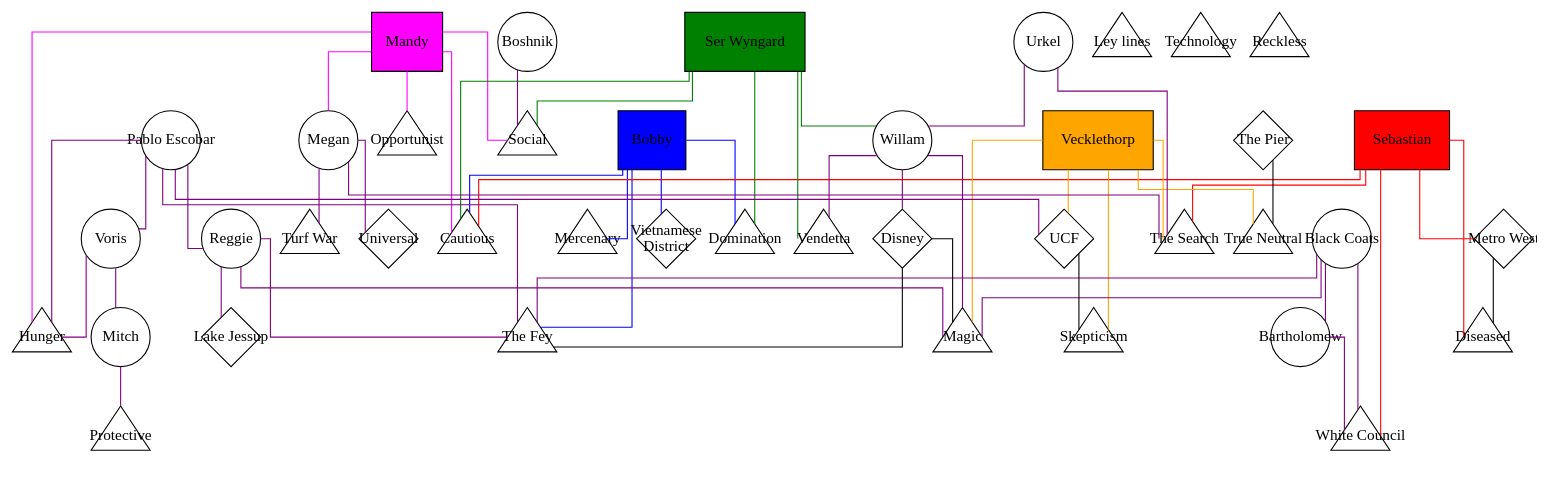
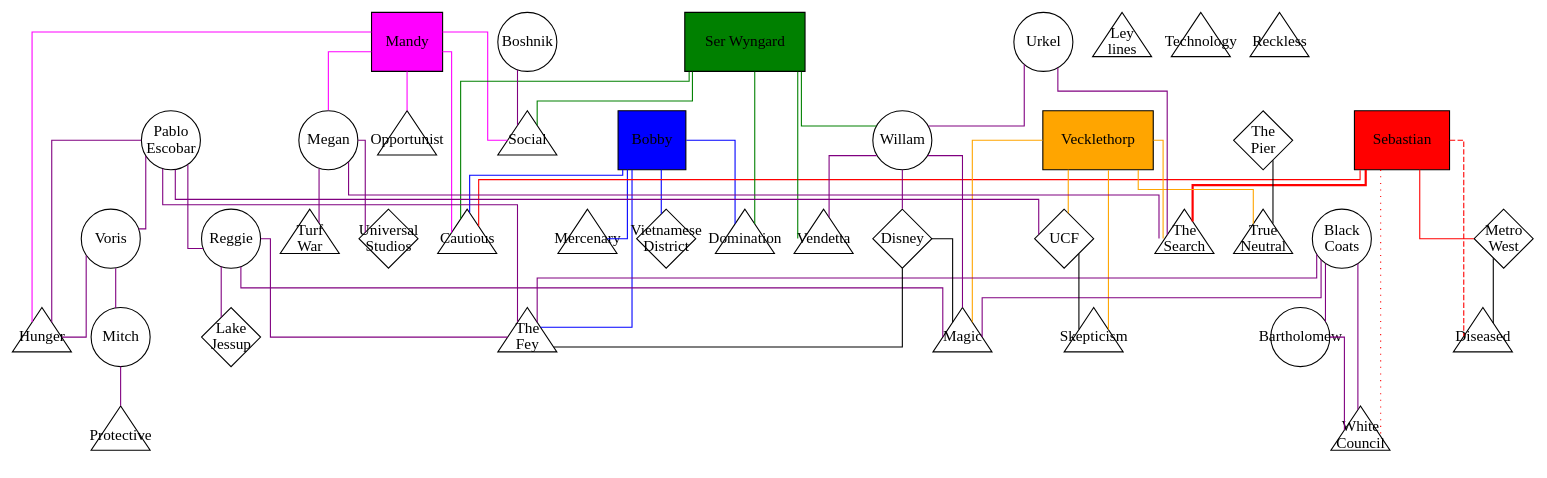
One commit to stevenvergenz/vergenz-dresden-map changed the diagram in might-of-aurora/might-of-aurora.dot. Above: the diagram before and after it, drawn with Graphviz. The commit also changed 1 other file, not shown here.

```diff
--- a/might-of-aurora/might-of-aurora.dot
+++ b/might-of-aurora/might-of-aurora.dot
@@ -1,192 +1,192 @@
 graph might_of_aurora
 {
 	graph [overlap=scale, splines=ortho]
 	node [fixedsize="true", width="0.75", height="0.75"]
 
 // ==================== PLAYER CHARACTERS ====================
 	subgraph pcs
 	{
 		node [fixedsize="false", shape=box, style="filled"]
 		mandy [label="Mandy", fillcolor="magenta"]
 		bobby [label="Bobby", fillcolor="blue"]
 		sebastian [label="Sebastian", fillcolor="red"]
 		vecklethorp [label="Vecklethorp", fillcolor="orange"]
 		wyngard [label="Ser Wyngard", fillcolor="green"]
 	}
 
 // ==================== ASPECTS ====================
 	subgraph aspects
 	{
 		node [shape=triangle, regular=true]
-		search [label="The Search"]
-		war [label="Turf War"]
+		search [label="The\nSearch"]
+		war [label="Turf\nWar"]
 		magic [label="Magic"]
-		fey [label="The Fey"]
-		lines [label="Ley lines"]
+		fey [label="The\nFey"]
+		lines [label="Ley\nlines"]
 		domination [label="Domination"]
 		vendetta [label="Vendetta"]
 		opportunist [label="Opportunist"]
 		hunger [label="Hunger"]
 		diseased [label="Diseased"]
 		mercenary [label="Mercenary"]
-		council [label="White Council"]
+		council [label="White\nCouncil"]
 		cautious [label="Cautious"]
-		neutral [label="True Neutral"]
+		neutral [label="True\nNeutral"]
 		skepticism [label="Skepticism"]
 		social [label="Social"]
 		protective [label="Protective"]
 		technology [label="Technology"]
 		reckless [label="Reckless"]
 	}
 
 // ==================== FACES ====================
 	subgraph faces
 	{
 		node [shape="circle"]
 		urkel [label="Urkel"]
 		megan [label="Megan"]
 		willam [label="Willam"]
-		coats [label="Black Coats"]
-		escobar [label="Pablo Escobar"]
+		coats [label="Black\nCoats"]
+		escobar [label="Pablo\nEscobar"]
 		reggie [label="Reggie"]
 		bartholomew [label="Bartholomew"]
 		boshnik [label="Boshnik"]
 		voris [label="Voris"]
 		mitch [label="Mitch"]
 	}
 
 // ==================== LOCATIONS ====================
 	subgraph locations
 	{
 		node [shape="diamond"]
 		ucf [label="UCF"]
-		universal [label="Universal"]
+		universal [label="Universal\nStudios"]
 		disney [label="Disney"]
-		pier [label="The Pier"]
-		metro [label="Metro West"]
-		jessup [label="Lake Jessup"]
+		pier [label="The\nPier"]
+		metro [label="Metro\nWest"]
+		jessup [label="Lake\nJessup"]
 		viet [label="Vietnamese\nDistrict"]
 	}
 
 // ==================== PLAYER CHARACTER GROUPS ====================
 
 	// Mandy (Travis)
 	subgraph mandy_links
 	{
 		edge [color="magenta"]
 		mandy
 		mandy -- hunger
 		mandy -- cautious
 		mandy -- opportunist
 		mandy -- social
 		mandy -- megan
 	}
 
 	// Bobby (Steve)
 	subgraph bobby_links
 	{
 		edge [color="blue"]
 		bobby
 		bobby -- fey
 		bobby -- domination
 		bobby -- cautious
 		bobby -- mercenary
 		bobby -- viet
 	}
 
 	// Sebastian (Roscoe)
 	subgraph sebastian_links
 	{
 		edge [color="red"]
 		sebastian
 
 		// High Concept
-		sebastian -- search
+		sebastian -- search [style="bold"]
 
 		// Motivation
-		sebastian -- diseased
+		sebastian -- diseased [style="dashed"]
 
 		// Trouble
-		sebastian -- council
+		sebastian -- council [style="dotted"]
 
 		// Aspects
 		sebastian -- cautious
 
 		// Locations
 		sebastian -- metro
 
 	}
 
 	// Vecklethorp (Erik)
 	subgraph vecklethorp_links
 	{
 		edge [color="orange"]
 		vecklethorp
 		vecklethorp -- search
 		vecklethorp -- magic
 		vecklethorp -- neutral
 		vecklethorp -- skepticism
 		vecklethorp -- ucf
 	}
 
 	// Wyngard (Chris)
 	subgraph wyngard_links
 	{
 		edge [color="green"]
 		wyngard
 		wyngard -- vendetta
 		wyngard -- domination
 		wyngard -- cautious
 		wyngard -- social
 		wyngard -- willam
 	}
 
 // ==================== FACE GROUPS ====================
 	subgraph face_links
 	{
 		edge [color="purple"]
 		urkel -- search
 		urkel -- willam
 		megan -- search
 		megan -- war
 		megan -- universal
 		willam -- vendetta
 		willam -- disney
 		willam -- magic
 		coats -- magic
 		coats -- bartholomew
 		coats -- council
 		coats -- fey
 		escobar -- ucf
 		escobar -- fey
 		escobar -- voris
 		escobar -- reggie
 		escobar -- hunger
 		reggie -- jessup
 		reggie -- magic
 		reggie -- fey
 		bartholomew -- council
 		boshnik -- social
 		voris -- hunger
 		voris -- mitch
 		mitch -- protective
 	}
 
 // ==================== LOCATION GROUPS ====================
 
 	subgraph location_links
 	{
 		ucf -- skepticism
 		disney -- fey
 		disney -- magic
 		pier -- neutral
 		metro -- diseased
 	}
 
 }
 
 /*graph g {
 	a -- b
 	a [label="hello",shape=ellipse,fillcolor="burlywood",style="filled"];
 	b [label="graphviz",shape=box,fillcolor="palegreen",style="filled,rounded"];
 }*/
```
